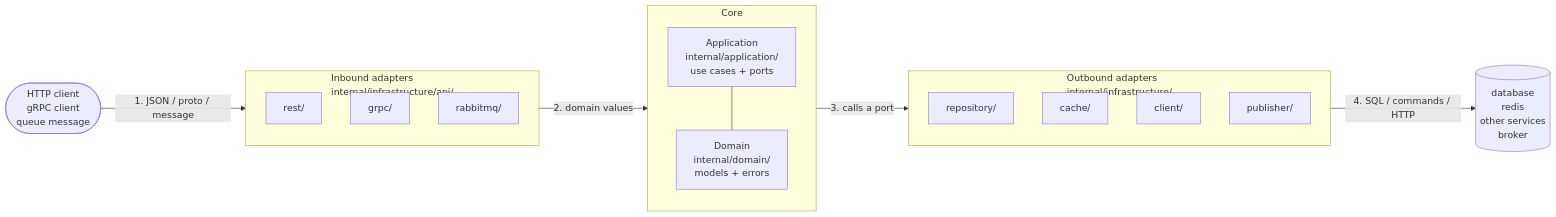
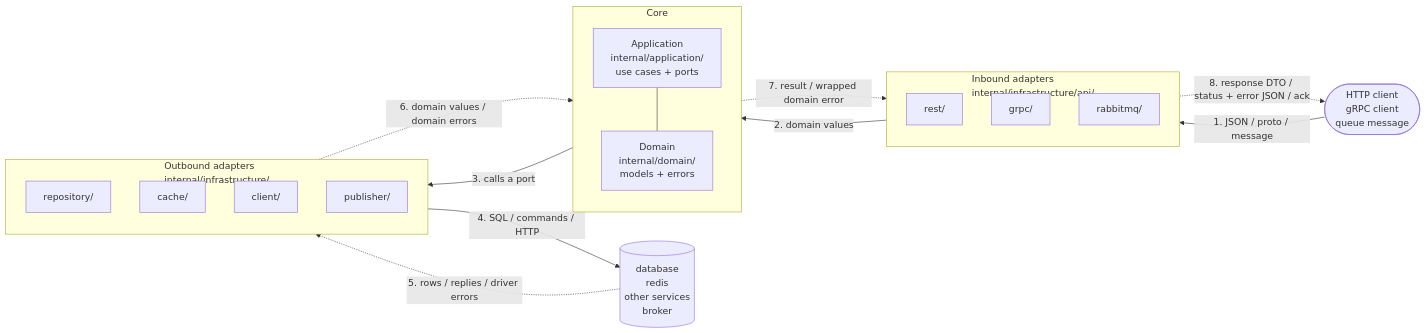
Before and after one commit to drew138/.dotfiles: the diagram in roles/ai/files/skills/go-service/SKILL.md, drawn with Mermaid. The commit also changed other lines of this file, not shown here.

First line of the commit message:
docs(ai): show the response path in the go-service structure diagram

````diff
--- a/roles/ai/files/skills/go-service/SKILL.md
+++ b/roles/ai/files/skills/go-service/SKILL.md
@@ -31,33 +32,38 @@
 ```mermaid
 flowchart LR
     caller(["HTTP client<br/>gRPC client<br/>queue message"])
 
     subgraph inbound["Inbound adapters<br/>internal/infrastructure/api/"]
         direction TB
         rest["rest/"]
         grpc["grpc/"]
         consumer["rabbitmq/"]
     end
 
     subgraph core["Core"]
         direction TB
         app["Application<br/>internal/application/<br/>use cases + ports"]
         domain["Domain<br/>internal/domain/<br/>models + errors"]
         app --- domain
     end
 
     subgraph outbound["Outbound adapters<br/>internal/infrastructure/"]
         direction TB
         repo["repository/"]
         cache["cache/"]
         client["client/"]
         pub["publisher/"]
     end
 
     world[("database<br/>redis<br/>other services<br/>broker")]
 
     caller -->|"1. JSON / proto / message"| inbound
     inbound -->|"2. domain values"| app
     app -->|"3. calls a port"| outbound
     outbound -->|"4. SQL / commands / HTTP"| world
+
+    world -.->|"5. rows / replies / driver errors"| outbound
+    outbound -.->|"6. domain values / domain errors"| app
+    app -.->|"7. result / wrapped domain error"| inbound
+    inbound -.->|"8. response DTO / status + error JSON / ack"| caller
 ```
````
